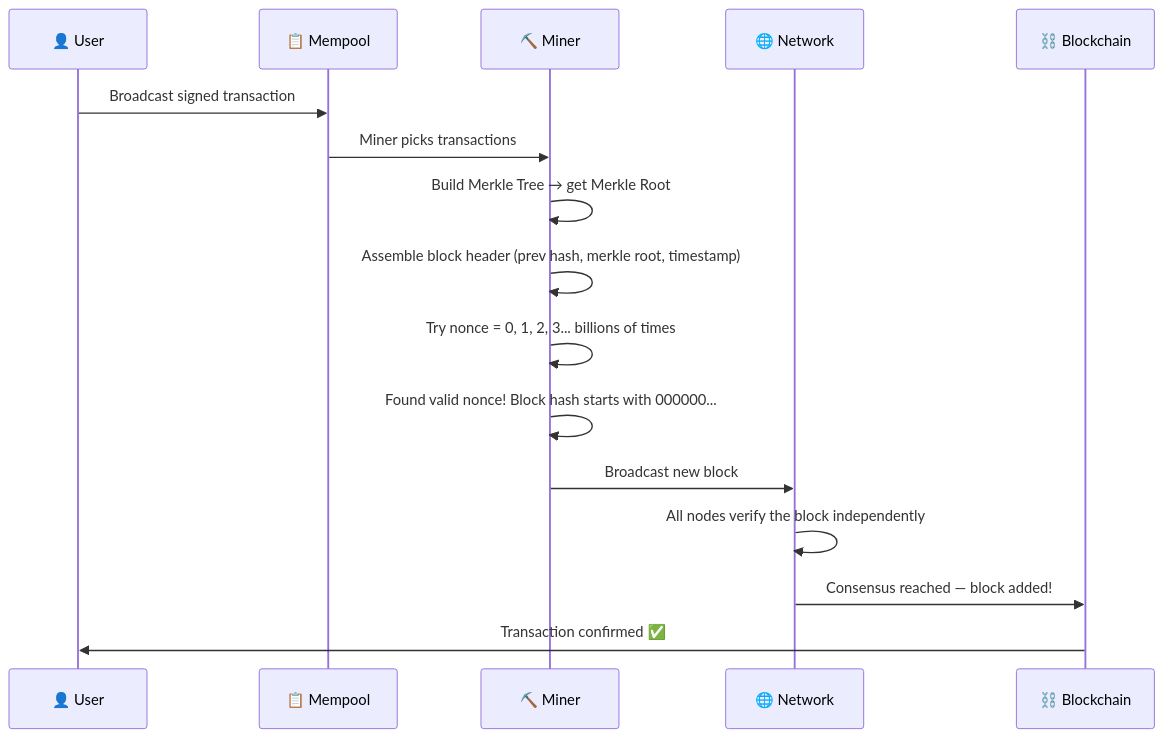
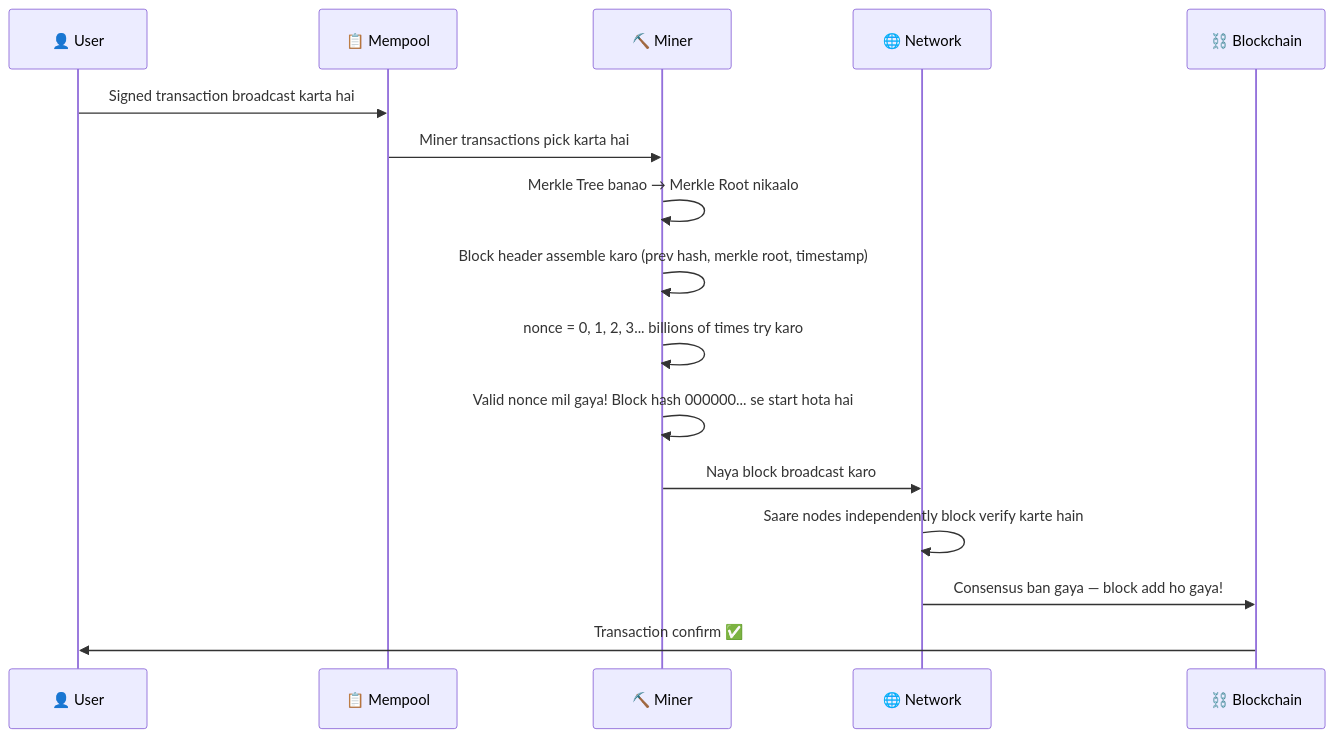
The fifth of 5 diagrams in web3/blockchain-fundamentals/02-how-blocks-work.md (Siddesh-Pansare93/dev-notes), drawn with Mermaid before and after one commit. The commit also changed other lines of this file and 248 other files, not shown here.

````diff
--- a/web3/blockchain-fundamentals/02-how-blocks-work.md
+++ b/web3/blockchain-fundamentals/02-how-blocks-work.md
@@ -302,19 +302,19 @@
 ```mermaid
 sequenceDiagram
     participant User as 👤 User
     participant Mempool as 📋 Mempool
     participant Miner as ⛏️ Miner
     participant Network as 🌐 Network
     participant Chain as ⛓️ Blockchain
 
-    User->>Mempool: Broadcast signed transaction
-    Mempool->>Miner: Miner picks transactions
-    Miner->>Miner: Build Merkle Tree → get Merkle Root
-    Miner->>Miner: Assemble block header (prev hash, merkle root, timestamp)
-    Miner->>Miner: Try nonce = 0, 1, 2, 3... billions of times
-    Miner->>Miner: Found valid nonce! Block hash starts with 000000...
-    Miner->>Network: Broadcast new block
-    Network->>Network: All nodes verify the block independently
-    Network->>Chain: Consensus reached — block added!
-    Chain->>User: Transaction confirmed ✅
+    User->>Mempool: Signed transaction broadcast karta hai
+    Mempool->>Miner: Miner transactions pick karta hai
+    Miner->>Miner: Merkle Tree banao → Merkle Root nikaalo
+    Miner->>Miner: Block header assemble karo (prev hash, merkle root, timestamp)
+    Miner->>Miner: nonce = 0, 1, 2, 3... billions of times try karo
+    Miner->>Miner: Valid nonce mil gaya! Block hash 000000... se start hota hai
+    Miner->>Network: Naya block broadcast karo
+    Network->>Network: Saare nodes independently block verify karte hain
+    Network->>Chain: Consensus ban gaya — block add ho gaya!
+    Chain->>User: Transaction confirm ✅
 ```
````
